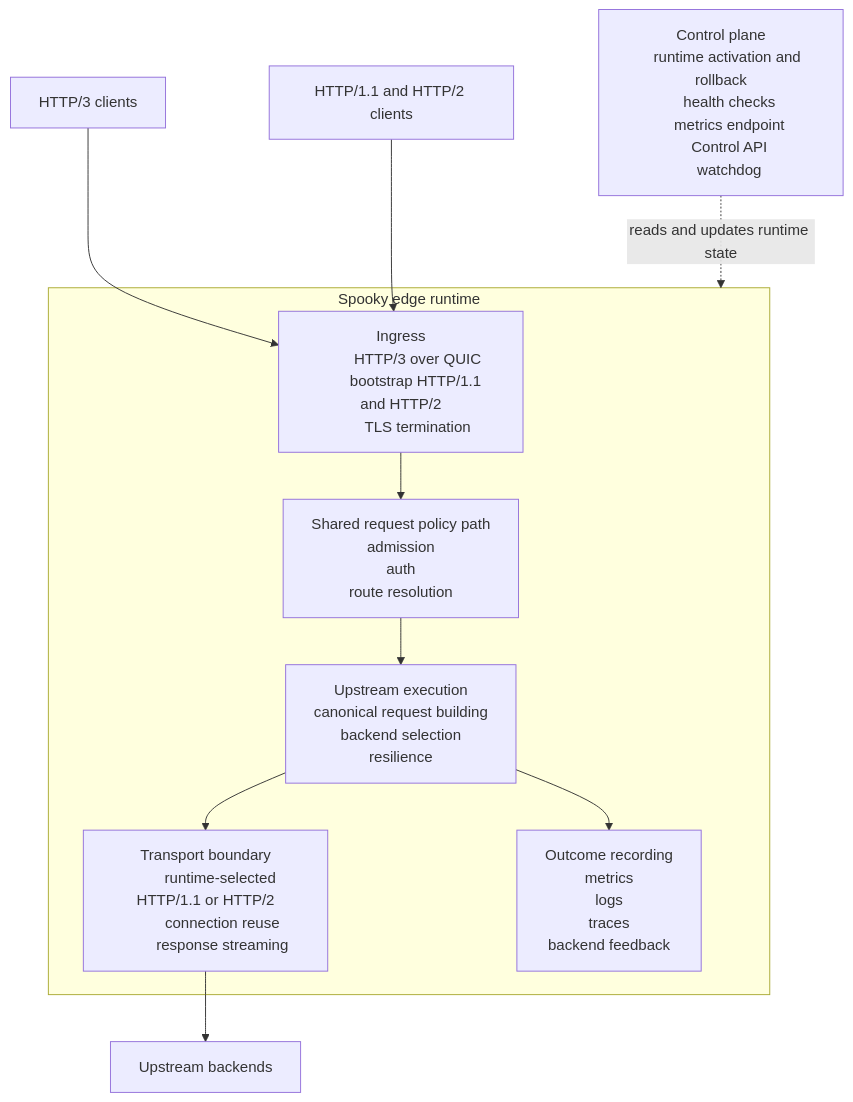
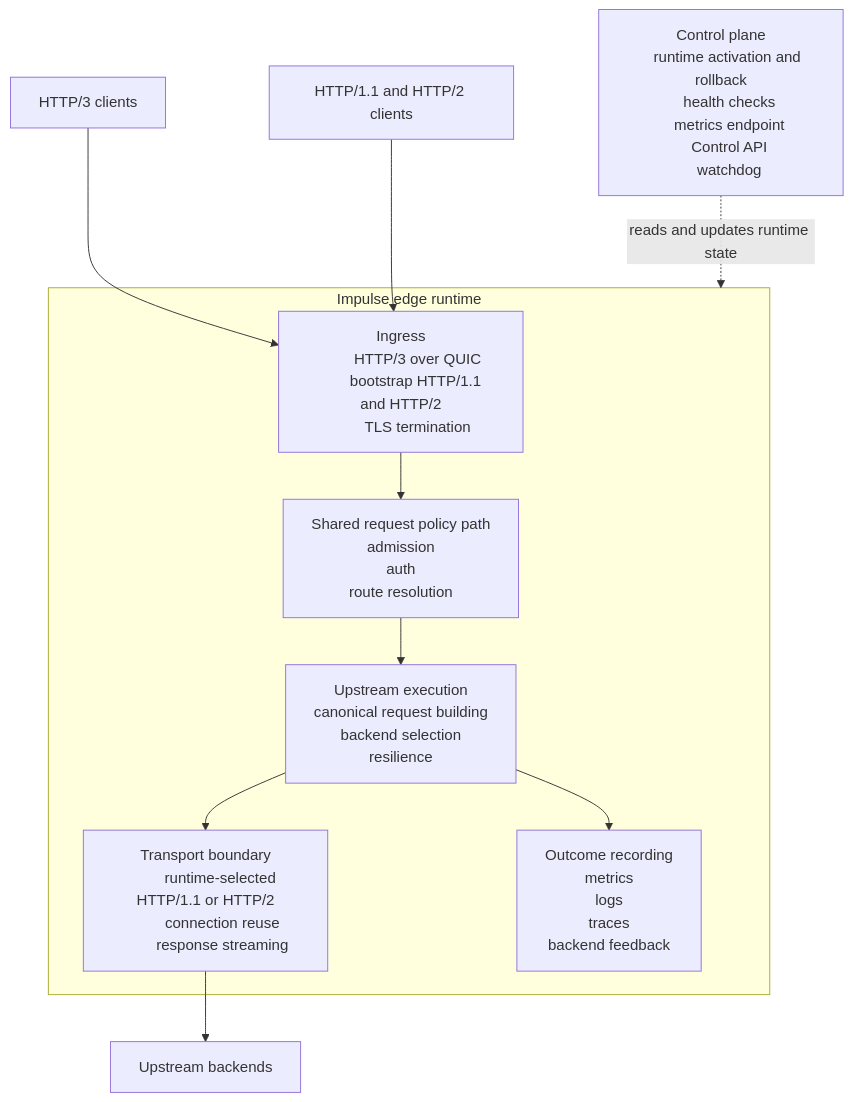
The first of 2 diagrams in docs/architecture/overview.md (nishujangra/spooky), drawn with Mermaid before and after one commit. The commit also changed other lines of this file and 47 other files, not shown here.

````diff
--- a/docs/architecture/overview.md
+++ b/docs/architecture/overview.md
@@ -55,47 +55,47 @@
 ```mermaid
 flowchart TB
     client_h3["HTTP/3 clients"]
     client_bootstrap["HTTP/1.1 and HTTP/2 clients"]
 
-    subgraph spooky["Spooky edge runtime"]
+    subgraph spooky["Impulse edge runtime"]
         ingress["Ingress
         HTTP/3 over QUIC
         bootstrap HTTP/1.1 and HTTP/2
         TLS termination"]
         admission["Shared request policy path
         admission
         auth
         route resolution"]
         execution["Upstream execution
         canonical request building
         backend selection
         resilience"]
         transport["Transport boundary
         runtime-selected HTTP/1.1 or HTTP/2
         connection reuse
         response streaming"]
         observability["Outcome recording
         metrics
         logs
         traces
         backend feedback"]
     end
 
     control["Control plane
     runtime activation and rollback
     health checks
     metrics endpoint
     Control API
     watchdog"]
 
     backends["Upstream backends"]
 
     client_h3 --> ingress
     client_bootstrap --> ingress
     ingress --> admission
     admission --> execution
     execution --> transport
     transport --> backends
     execution --> observability
     control -. reads and updates runtime state .-> spooky
 ```
````
